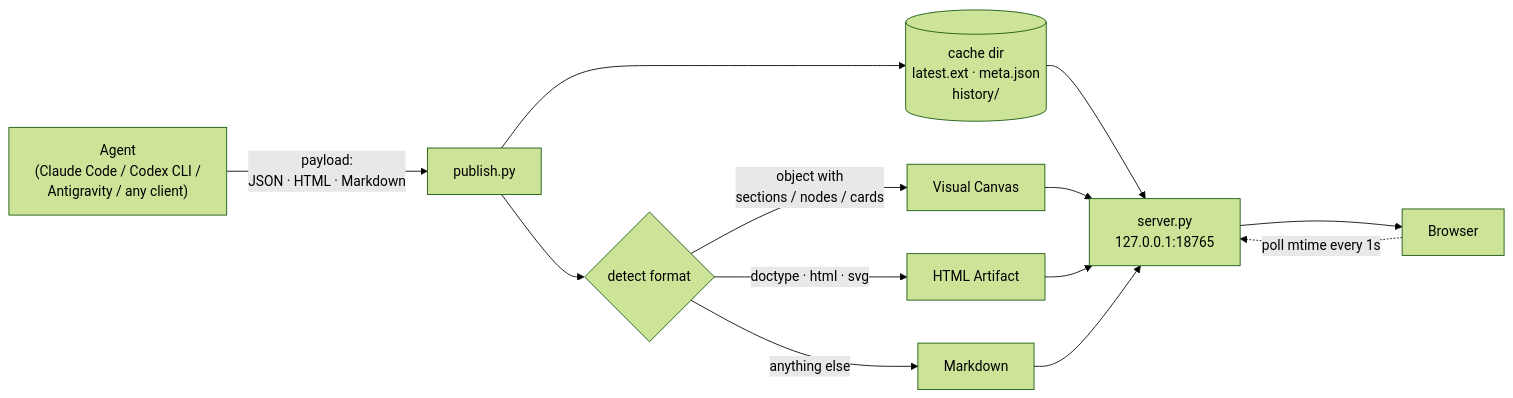
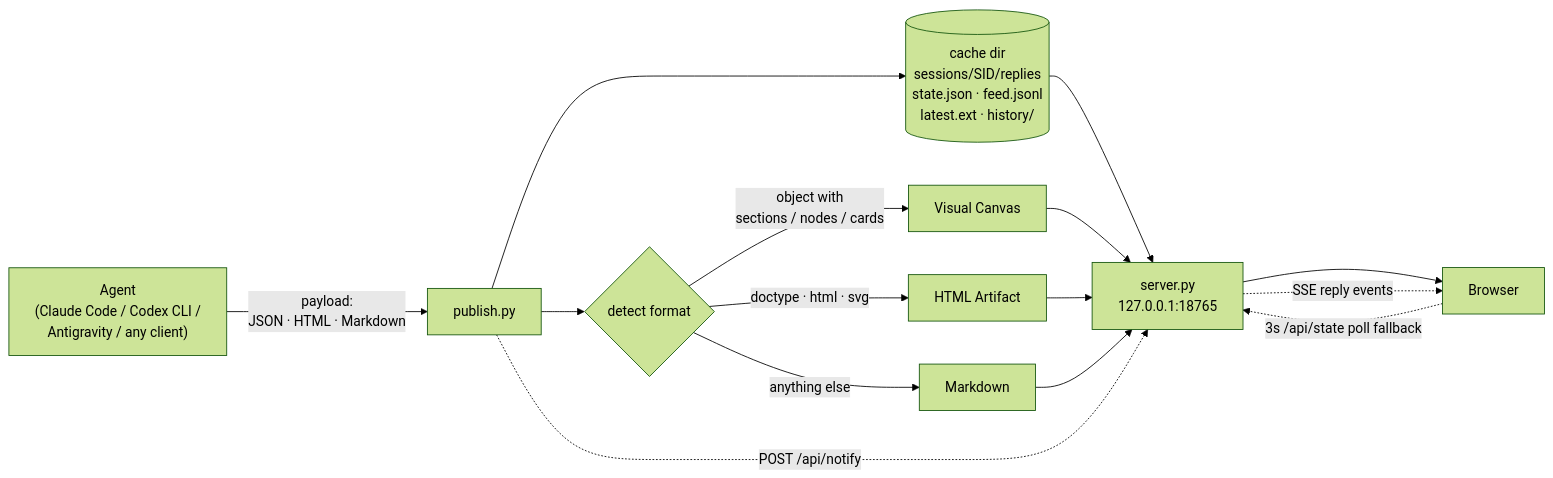
One commit to kyrie21z/visual-reply changed the diagram in README.md. Above: the diagram before and after it, drawn with Mermaid (forest theme). The commit also changed other lines of this file and 6 other files, not shown here.

Commit message:
feat: multi-session workbench v4 with SSE, session store, and history (refs #1)

````diff
--- a/README.md
+++ b/README.md
@@ -106,15 +136,17 @@
 ```mermaid
 flowchart LR
     A["Agent<br/>(Claude Code / Codex CLI /<br/>Antigravity / any client)"] -->|"payload:<br/>JSON · HTML · Markdown"| B["publish.py"]
     B --> C{"detect format"}
     C -->|"object with<br/>sections / nodes / cards"| D["Visual Canvas"]
     C -->|"doctype · html · svg"| E["HTML Artifact"]
     C -->|"anything else"| F["Markdown"]
-    B --> G[("cache dir<br/>latest.ext · meta.json<br/>history/")]
+    B --> G[("cache dir<br/>sessions/SID/replies<br/>state.json · feed.jsonl<br/>latest.ext · history/")]
     G --> H["server.py<br/>127.0.0.1:18765"]
     D --> H
     E --> H
     F --> H
     H --> I["Browser"]
-    I -.->|"poll mtime every 1s"| H
+    B -.->|"POST /api/notify"| H
+    H -.->|"SSE reply events"| I
+    I -.->|"3s /api/state poll fallback"| H
 ```
````
